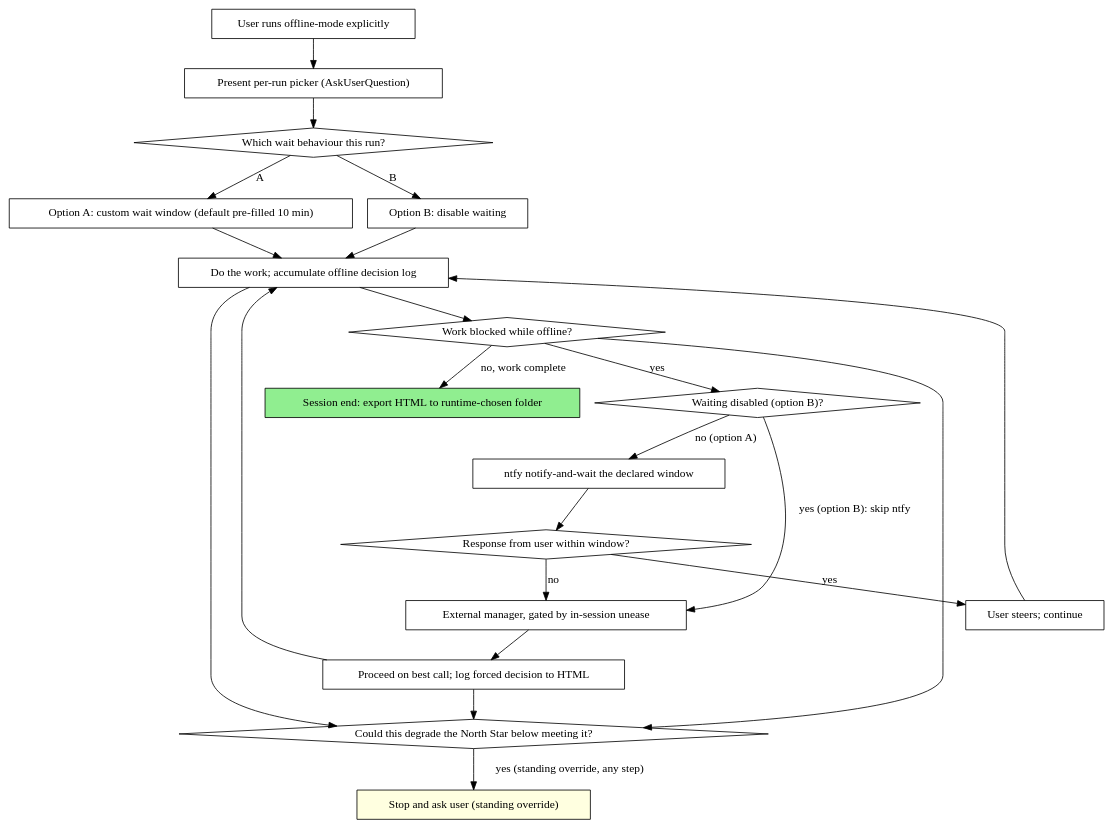
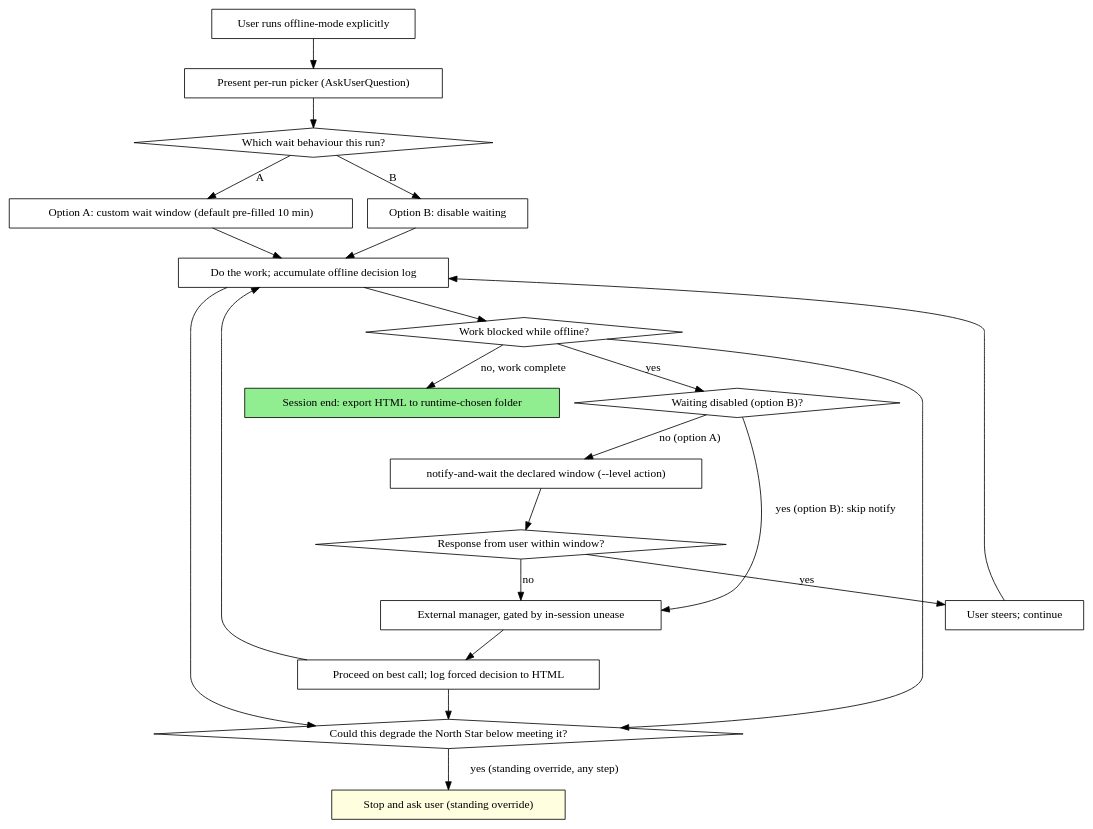
Before and after one commit to lujstn/playbook: the diagram in skills/offline-mode/SKILL.md, drawn with Graphviz. The commit also changed other lines of this file and 58 other files, not shown here.

````diff
--- a/skills/offline-mode/SKILL.md
+++ b/skills/offline-mode/SKILL.md
@@ -81,44 +160,44 @@
 ```dot
 digraph offline_mode {
     rankdir=TB;
     "User runs offline-mode explicitly" [shape=box];
     "Present per-run picker (AskUserQuestion)" [shape=box];
     "Which wait behaviour this run?" [shape=diamond];
     "Option A: custom wait window (default pre-filled 10 min)" [shape=box];
     "Option B: disable waiting" [shape=box];
     "Do the work; accumulate offline decision log" [shape=box];
     "Work blocked while offline?" [shape=diamond];
-    "ntfy notify-and-wait the declared window" [shape=box];
+    "notify-and-wait the declared window (--level action)" [shape=box];
     "Waiting disabled (option B)?" [shape=diamond];
     "Response from user within window?" [shape=diamond];
     "External manager, gated by in-session unease" [shape=box];
     "Proceed on best call; log forced decision to HTML" [shape=box];
     "User steers; continue" [shape=box];
     "Could this degrade the North Star below meeting it?" [shape=diamond];
     "Stop and ask user (standing override)" [shape=box style=filled fillcolor=lightyellow];
     "Session end: export HTML to runtime-chosen folder" [shape=box style=filled fillcolor=lightgreen];
 
     "User runs offline-mode explicitly" -> "Present per-run picker (AskUserQuestion)";
     "Present per-run picker (AskUserQuestion)" -> "Which wait behaviour this run?";
     "Which wait behaviour this run?" -> "Option A: custom wait window (default pre-filled 10 min)" [label="A"];
     "Which wait behaviour this run?" -> "Option B: disable waiting" [label="B"];
     "Option A: custom wait window (default pre-filled 10 min)" -> "Do the work; accumulate offline decision log";
     "Option B: disable waiting" -> "Do the work; accumulate offline decision log";
     "Do the work; accumulate offline decision log" -> "Work blocked while offline?";
     "Work blocked while offline?" -> "Waiting disabled (option B)?" [label="yes"];
     "Work blocked while offline?" -> "Session end: export HTML to runtime-chosen folder" [label="no, work complete"];
-    "Waiting disabled (option B)?" -> "ntfy notify-and-wait the declared window" [label="no (option A)"];
-    "Waiting disabled (option B)?" -> "External manager, gated by in-session unease" [label="yes (option B): skip ntfy"];
-    "ntfy notify-and-wait the declared window" -> "Response from user within window?";
+    "Waiting disabled (option B)?" -> "notify-and-wait the declared window (--level action)" [label="no (option A)"];
+    "Waiting disabled (option B)?" -> "External manager, gated by in-session unease" [label="yes (option B): skip notify"];
+    "notify-and-wait the declared window (--level action)" -> "Response from user within window?";
     "Response from user within window?" -> "User steers; continue" [label="yes"];
     "Response from user within window?" -> "External manager, gated by in-session unease" [label="no"];
     "External manager, gated by in-session unease" -> "Proceed on best call; log forced decision to HTML";
     "User steers; continue" -> "Do the work; accumulate offline decision log";
     "Proceed on best call; log forced decision to HTML" -> "Do the work; accumulate offline decision log";
 
     "Do the work; accumulate offline decision log" -> "Could this degrade the North Star below meeting it?";
     "Work blocked while offline?" -> "Could this degrade the North Star below meeting it?";
     "Proceed on best call; log forced decision to HTML" -> "Could this degrade the North Star below meeting it?";
     "Could this degrade the North Star below meeting it?" -> "Stop and ask user (standing override)" [label="yes (standing override, any step)"];
 }
 ```
````
